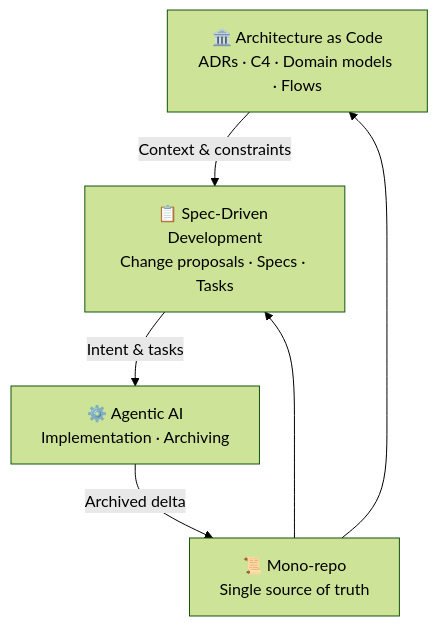
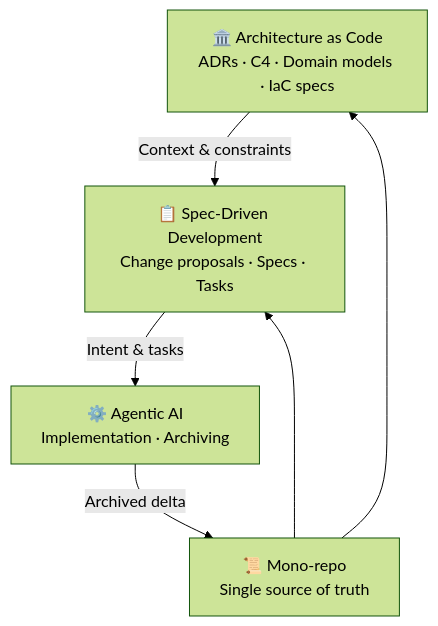
Before and after one commit to flemming-n-larsen/architecture-as-code-example: the first of 4 diagrams in README.md, drawn with Mermaid (forest theme). The commit also changed other lines of this file and 1 other file, not shown here.

````diff
--- a/README.md
+++ b/README.md
@@ -144,13 +144,13 @@
 ```mermaid
 graph TD
-    AoC["🏛️ Architecture as Code<br>ADRs · C4 · Domain models · Flows"]
+    AoC["🏛️ Architecture as Code<br>ADRs · C4 · Domain models · IaC specs"]
     SDD["📋 Spec-Driven Development<br>Change proposals · Specs · Tasks"]
     AI["⚙️ Agentic AI<br>Implementation · Archiving"]
     Repo["📜 Mono-repo<br>Single source of truth"]
 
     Repo --> AoC
     Repo --> SDD
     AoC -->|"Context & constraints"| SDD
     SDD -->|"Intent & tasks"| AI
     AI -->|"Archived delta"| Repo
 ```
````
